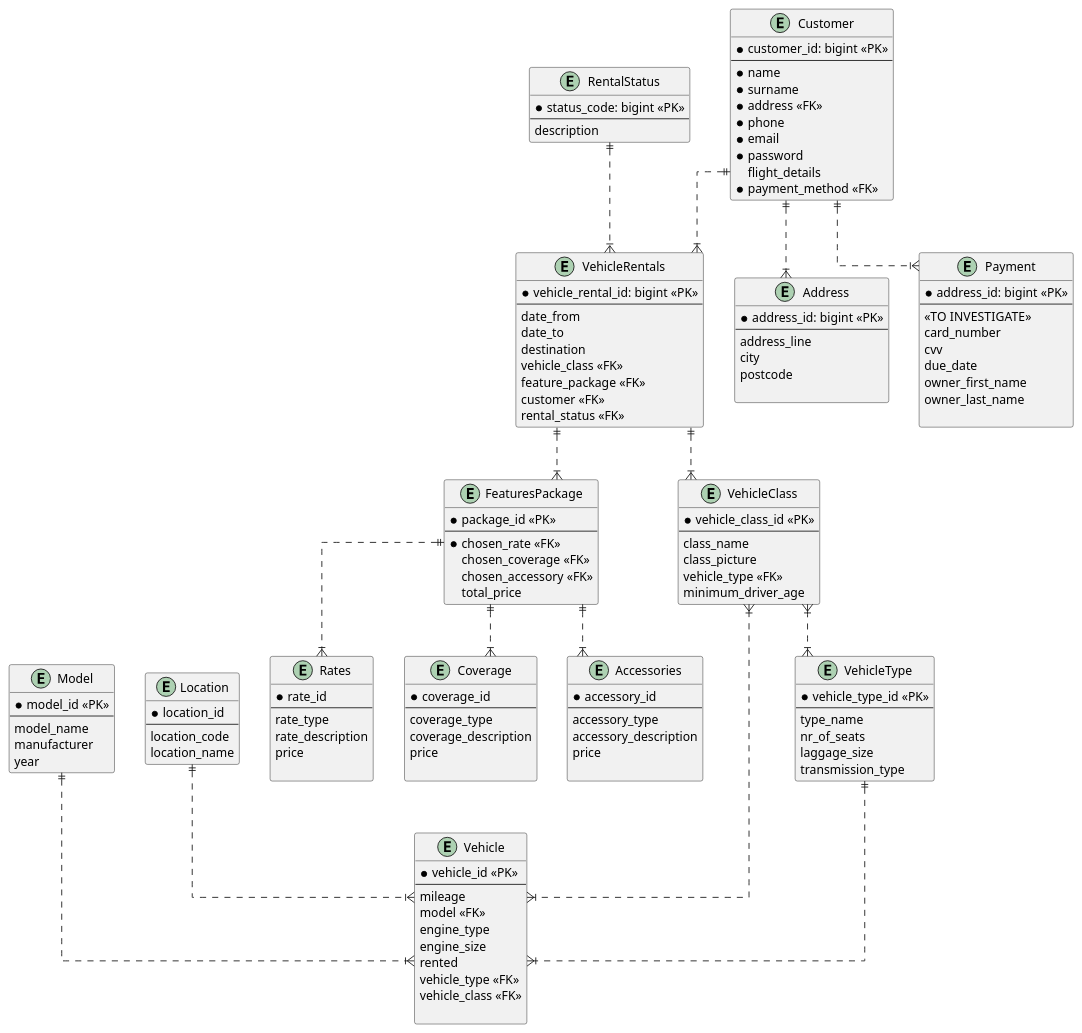
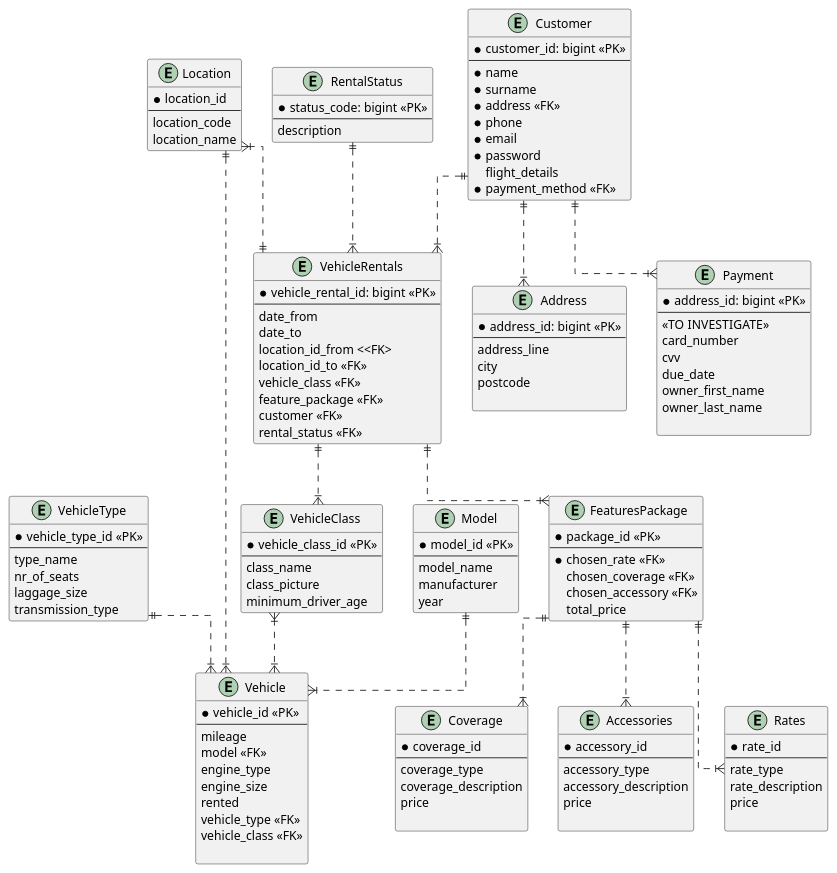
One commit to Hexxie/SET_ML-Cloud changed the diagram in Databases/hw1/carRental.wsd. Above: the diagram before and after it, drawn with PlantUML.

Commit message:
Updated database based on hw feedback

```diff
--- a/Databases/hw1/carRental.wsd
+++ b/Databases/hw1/carRental.wsd
@@ -1,193 +1,194 @@
 @startuml
 ' hide the spot
 ' hide circle
 
 ' avoid problems with angled crows feet
 
 'last e: e13
 skinparam linetype ortho
 
 entity "VehicleRentals" as e01 {
 *vehicle_rental_id: bigint <<PK>>
 --
 date_from
 date_to
-destination
+location_id_from <<FK>
+location_id_to <<FK>>
 vehicle_class <<FK>>
 feature_package <<FK>>
 customer <<FK>>
 rental_status <<FK>>
 }
 
 entity "RentalStatus" as e02 {
 *status_code: bigint <<PK>>
 --
 description
 }
 ' ----------------------------
 '        RATES
 ' ----------------------------
 entity "Rates" as e10 {
     *rate_id
     --
     rate_type
     rate_description
     price
 
 }
 
 entity "Coverage" as e12 {
     *coverage_id
     --
     coverage_type
     coverage_description
     price
 
 }
 
 entity "Accessories" as e13 {
     *accessory_id
     --
     accessory_type
     accessory_description
     price
 
 }
 
 entity "FeaturesPackage" as e11 {
     *package_id <<PK>>
     --
     *chosen_rate <<FK>>
     chosen_coverage <<FK>>
     chosen_accessory <<FK>>
     total_price
 }
 
 ' ----------------------------
 '        VEHICLES
 ' ----------------------------
 
 entity "Model" as e14 {
     *model_id <<PK>>
     --
     model_name
     manufacturer
     year
 }
 
 'Physical car, not viewed on site
 'Need to be considered to track availability
 'certain locations
 entity "Vehicle" as e06 {
     *vehicle_id <<PK>>
     --
     mileage
     model <<FK>>
     engine_type
     engine_size
     rented
     vehicle_type <<FK>>
     vehicle_class <<FK>>
     
 }
 
 'Class by budged: ecomony, small, premium
 entity "VehicleClass" as e07 {
     *vehicle_class_id <<PK>>
     --
     class_name
     class_picture
-    vehicle_type <<FK>>
     minimum_driver_age
 }
 
 ' Type: small, medium, premium 
 ' Related to size
 entity "VehicleType" as e08 {
     *vehicle_type_id <<PK>>
     --
     type_name
     nr_of_seats
     laggage_size
     transmission_type
 }
 
 entity "Location" as e09 {
     *location_id
     --
     location_code 
     location_name
 }
 
 ' ----------------------------
 '        CUSTOMERS
 ' ----------------------------
 entity "Customer" as e03 {
   *customer_id: bigint <<PK>>
 --
   *name
   *surname
   *address <<FK>>
   *phone
   *email
   *password
 flight_details
   *payment_method <<FK>>
 }
 
 entity "Address" as e04 {
   *address_id: bigint <<PK>>
 --
 address_line
 city
 postcode
 
 }
 
 entity "Payment" as e05 {
 *address_id: bigint <<PK>>
 --
 <<TO INVESTIGATE>>
 card_number
 cvv
 due_date
 owner_first_name
 owner_last_name
 
 }
 
 ' Relations
 ' Zero to One  |o--
 ' Exactly one  ||--
 ' Zero to many }o--
 ' One or many  }|--
 
 ' With Django we can have Many to many relationship
 
 'e02 }|..|{ e01
 
 'e03 }|..|| e02
 'e03 }|..|{ e05
 
 'e04 }|..|| e03
 'e04 }|..|| e01
 'e04 }|..|{ e05
 
 e03 ||..|{ e04
 e03 ||..|{ e01
 e03 ||..|{ e05
 e02 ||..|{ e01
 
 e01 ||..|{ e07
-e07 }|..|{ e08
 e08 ||..|{ e06
 
 e09 ||..|{ e06
 e07 }|..|{ e06
 e14 ||..|{ e06
 
 e11 ||..|{ e10
 e11 ||..|{ e12
 e11 ||..|{ e13
 e01 ||..|{ e11
+
+e09 }|..|| e01
 @enduml
```
